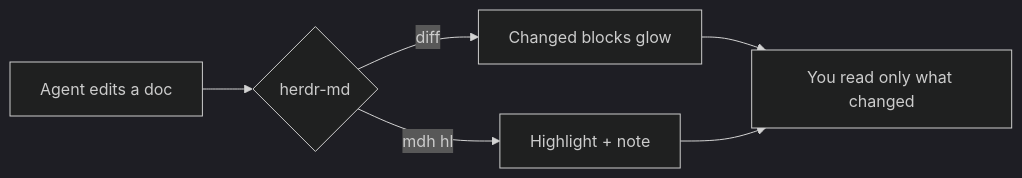
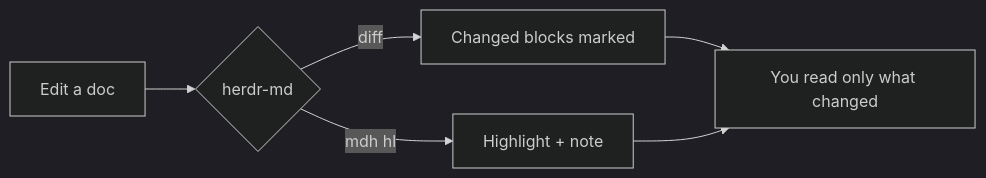
Before and after one commit to nprbst/herdr-md: the diagram in demo/tour.md, drawn with Mermaid (dark theme). The commit also changed other lines of this file, not shown here.

````diff
--- a/demo/tour.md
+++ b/demo/tour.md
@@ -41,8 +50,8 @@
 ```mermaid
 flowchart LR
-  A[Agent edits a doc] --> B{herdr-md}
-  B -->|diff| C[Changed blocks glow]
+  A[Edit a doc] --> B{herdr-md}
+  B -->|diff| C[Changed blocks marked]
   B -->|mdh hl| D[Highlight + note]
   C --> E[You read only what changed]
   D --> E
 ```
````
